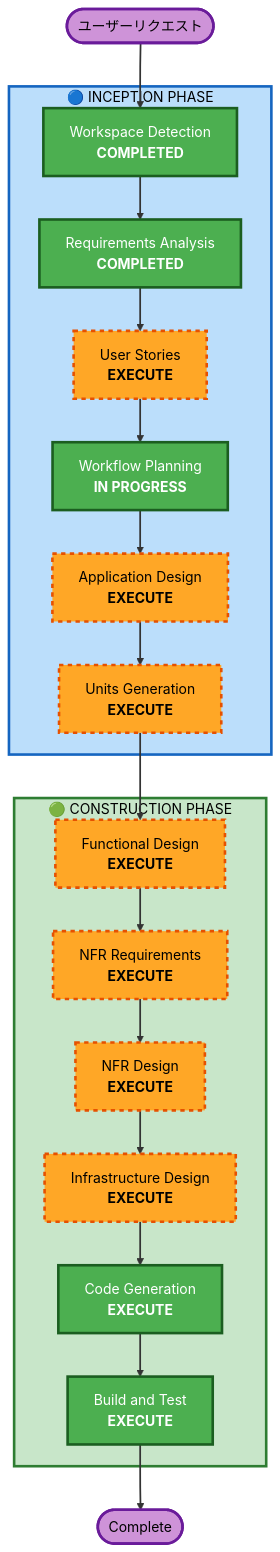
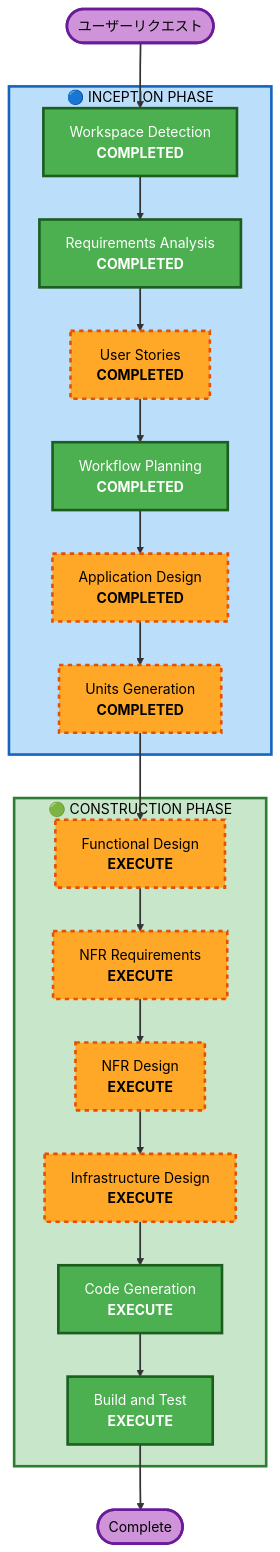
One commit to trainocate-japan/tr-ai-dlc-hackathon changed the diagram in aidlc-docs/inception/plans/execution-plan.md. Above: the diagram before and after it, drawn with Mermaid. The commit also changed other lines of this file and 7 other files, not shown here.

````diff
--- a/aidlc-docs/inception/plans/execution-plan.md
+++ b/aidlc-docs/inception/plans/execution-plan.md
@@ -22,55 +22,55 @@
 ```mermaid
 flowchart TD
     Start(["ユーザーリクエスト"])
     
     subgraph INCEPTION["🔵 INCEPTION PHASE"]
         WD["Workspace Detection<br/><b>COMPLETED</b>"]
         RA["Requirements Analysis<br/><b>COMPLETED</b>"]
-        US["User Stories<br/><b>EXECUTE</b>"]
-        WP["Workflow Planning<br/><b>IN PROGRESS</b>"]
-        AD["Application Design<br/><b>EXECUTE</b>"]
-        UG["Units Generation<br/><b>EXECUTE</b>"]
+        US["User Stories<br/><b>COMPLETED</b>"]
+        WP["Workflow Planning<br/><b>COMPLETED</b>"]
+        AD["Application Design<br/><b>COMPLETED</b>"]
+        UG["Units Generation<br/><b>COMPLETED</b>"]
     end
     
     subgraph CONSTRUCTION["🟢 CONSTRUCTION PHASE"]
         FD["Functional Design<br/><b>EXECUTE</b>"]
         NFRA["NFR Requirements<br/><b>EXECUTE</b>"]
         NFRD["NFR Design<br/><b>EXECUTE</b>"]
         ID["Infrastructure Design<br/><b>EXECUTE</b>"]
         CG["Code Generation<br/><b>EXECUTE</b>"]
         BT["Build and Test<br/><b>EXECUTE</b>"]
     end
     
     Start --> WD
     WD --> RA
     RA --> US
     US --> WP
     WP --> AD
     AD --> UG
     UG --> FD
     FD --> NFRA
     NFRA --> NFRD
     NFRD --> ID
     ID --> CG
     CG --> BT
     BT --> End(["Complete"])
     
     style WD fill:#4CAF50,stroke:#1B5E20,stroke-width:3px,color:#fff
     style RA fill:#4CAF50,stroke:#1B5E20,stroke-width:3px,color:#fff
     style WP fill:#4CAF50,stroke:#1B5E20,stroke-width:3px,color:#fff
     style AD fill:#FFA726,stroke:#E65100,stroke-width:3px,stroke-dasharray: 5 5,color:#000
     style UG fill:#FFA726,stroke:#E65100,stroke-width:3px,stroke-dasharray: 5 5,color:#000
     style US fill:#FFA726,stroke:#E65100,stroke-width:3px,stroke-dasharray: 5 5,color:#000
     style FD fill:#FFA726,stroke:#E65100,stroke-width:3px,stroke-dasharray: 5 5,color:#000
     style NFRA fill:#FFA726,stroke:#E65100,stroke-width:3px,stroke-dasharray: 5 5,color:#000
     style NFRD fill:#FFA726,stroke:#E65100,stroke-width:3px,stroke-dasharray: 5 5,color:#000
     style ID fill:#FFA726,stroke:#E65100,stroke-width:3px,stroke-dasharray: 5 5,color:#000
     style CG fill:#4CAF50,stroke:#1B5E20,stroke-width:3px,color:#fff
     style BT fill:#4CAF50,stroke:#1B5E20,stroke-width:3px,color:#fff
     style Start fill:#CE93D8,stroke:#6A1B9A,stroke-width:3px,color:#000
     style End fill:#CE93D8,stroke:#6A1B9A,stroke-width:3px,color:#000
     style INCEPTION fill:#BBDEFB,stroke:#1565C0,stroke-width:3px,color:#000
     style CONSTRUCTION fill:#C8E6C9,stroke:#2E7D32,stroke-width:3px,color:#000
     
     linkStyle default stroke:#333,stroke-width:2px
 ```
````
